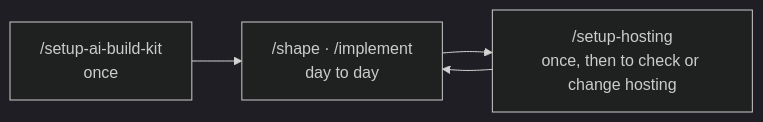
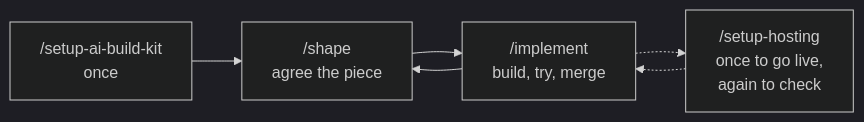
The diagram in README.md (gwpicard/ai-build-kit), drawn with Mermaid (dark theme) before and after one commit. The commit also changed other lines of this file, not shown here.

Commit message:
Describe the kit as it is today in the README: going live, teams, and the yes each step waits for

````diff
--- a/README.md
+++ b/README.md
@@ -101,6 +119,8 @@
 ```mermaid
 flowchart LR
-  S["/setup-ai-build-kit<br/>once"] --> L["/shape · /implement<br/>day to day"]
-  L --> P["/setup-hosting<br/>once, then to check or change hosting"]
-  P --> L
+  S["/setup-ai-build-kit<br/>once"] --> SH["/shape<br/>agree the piece"]
+  SH --> I["/implement<br/>build, try, merge"]
+  I --> SH
+  I -.-> H["/setup-hosting<br/>once to go live,<br/>again to check"]
+  H -.-> I
 ```
````
